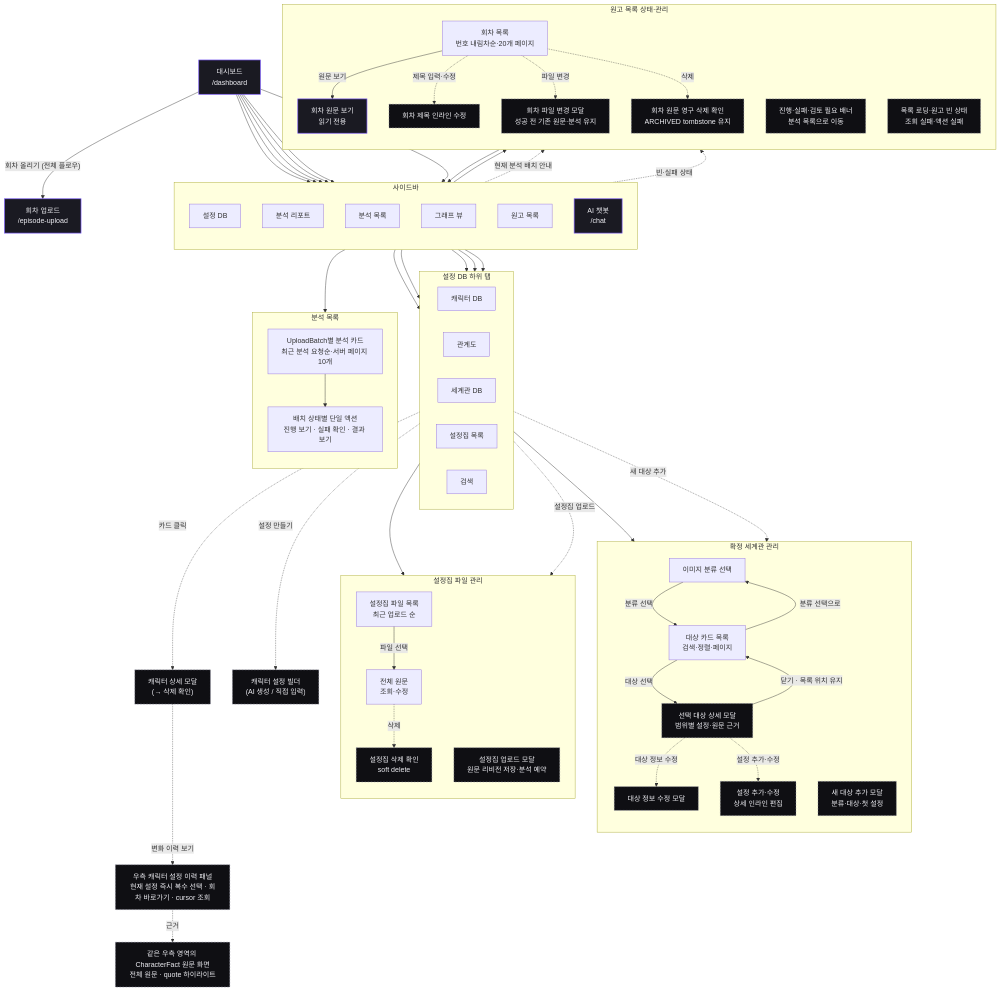
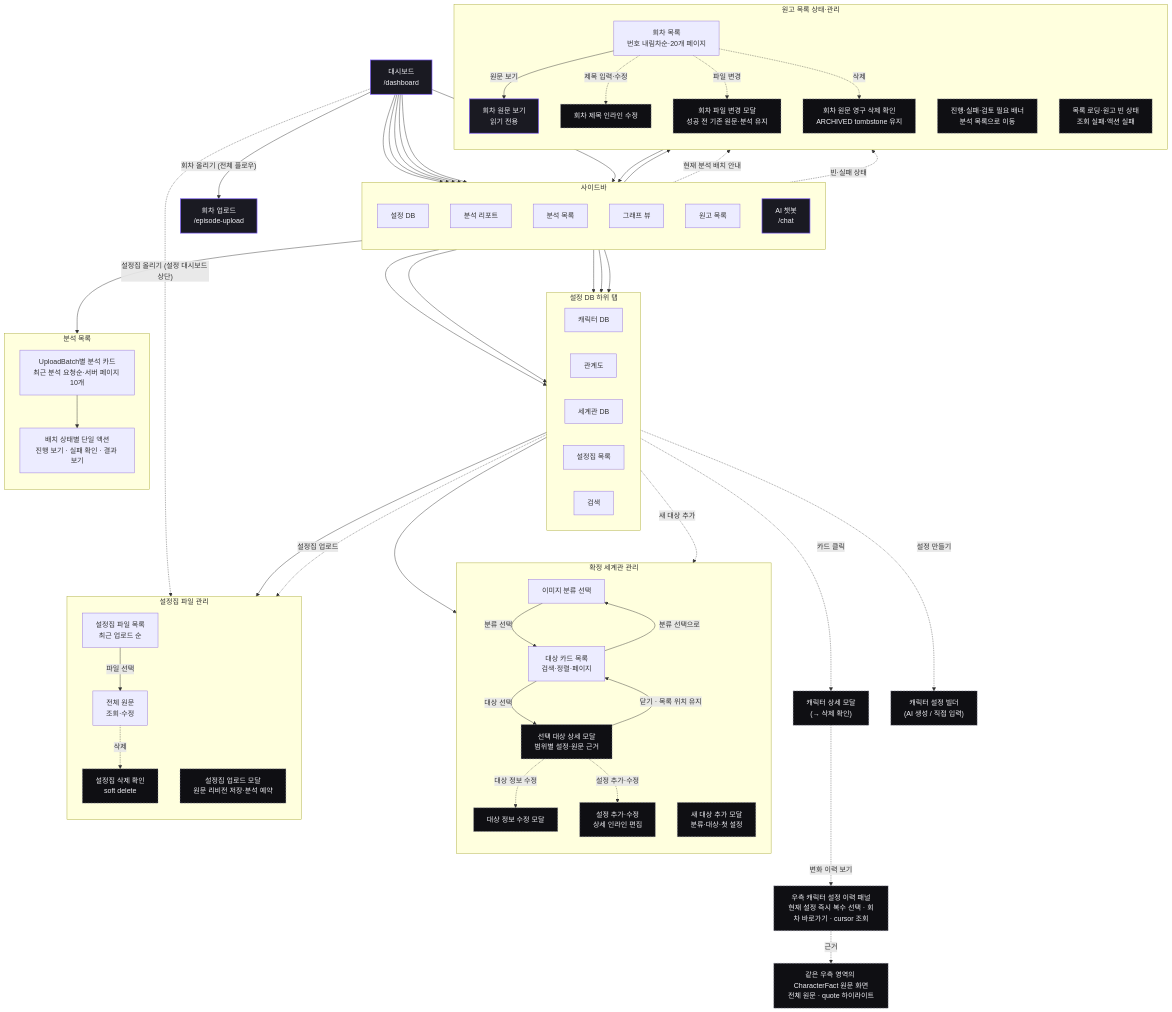
One commit to catchhole-soma/catchhole-front changed the seventh of 12 diagrams in docs/screen-flow.md. Above: the diagram before and after it, drawn with Mermaid. The commit also changed other lines of this file and 3 other files, not shown here.

First line of the commit message:
docs(dashboard): 설정집 업로드 바로가기와 검증 결과를 기록한다

```diff
--- a/docs/screen-flow.md
+++ b/docs/screen-flow.md
@@ -454,6 +454,7 @@
   episode_list -. "삭제" .-> delete_confirm
 
   dashboard -- "회차 올리기 (전체 플로우)" --> upload["회차 업로드<br/>/episode-upload"]:::private
+  dashboard -. "설정집 올리기 (설정 대시보드 상단)" .-> setting_upload
 
   classDef private fill:#1A1A22,stroke:#7C5CFC,stroke-width:1.5px,color:#F0F0F5;
   classDef modal fill:#0F0F13,stroke:#9090A8,stroke-dasharray:4 3,color:#F0F0F5;
```
